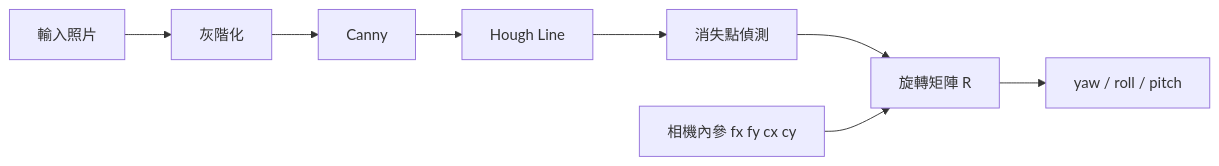
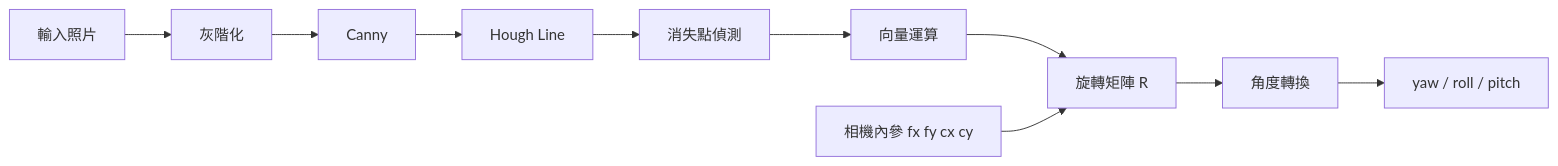
One commit to f114112140-star/Indoor-mobile-phone-camera-pose changed the second of 2 diagrams in README.md. Above: the diagram before and after it, drawn with Mermaid. The commit also changed other lines of this file, not shown here.

Commit message:
Fix flowchart connections in README.md

````diff
--- a/README.md
+++ b/README.md
@@ -42,12 +42,12 @@
 ```mermaid
 graph LR
     A[輸入照片] --> B[灰階化]
     B --> C[Canny]
     C --> D[Hough Line]
     D --> E[消失點偵測]
-
-    E --> G[旋轉矩陣 R]
+    E --> I[向量運算]
+    I --> G[旋轉矩陣 R]
     F[相機內參 fx fy cx cy] --> G
-
-    G --> H[yaw / roll / pitch]
+    G --> J[角度轉換]
+    J --> H[yaw / roll / pitch]
 ```
````
